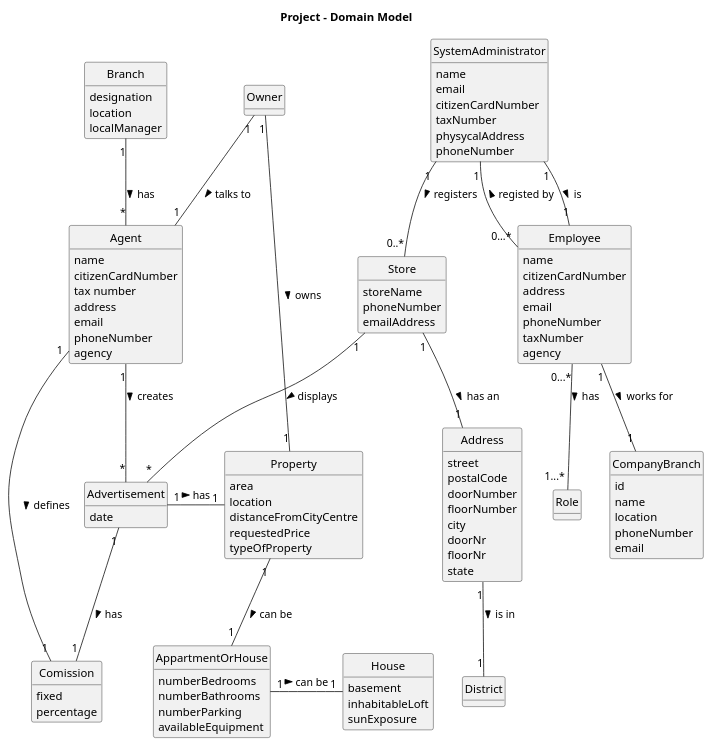
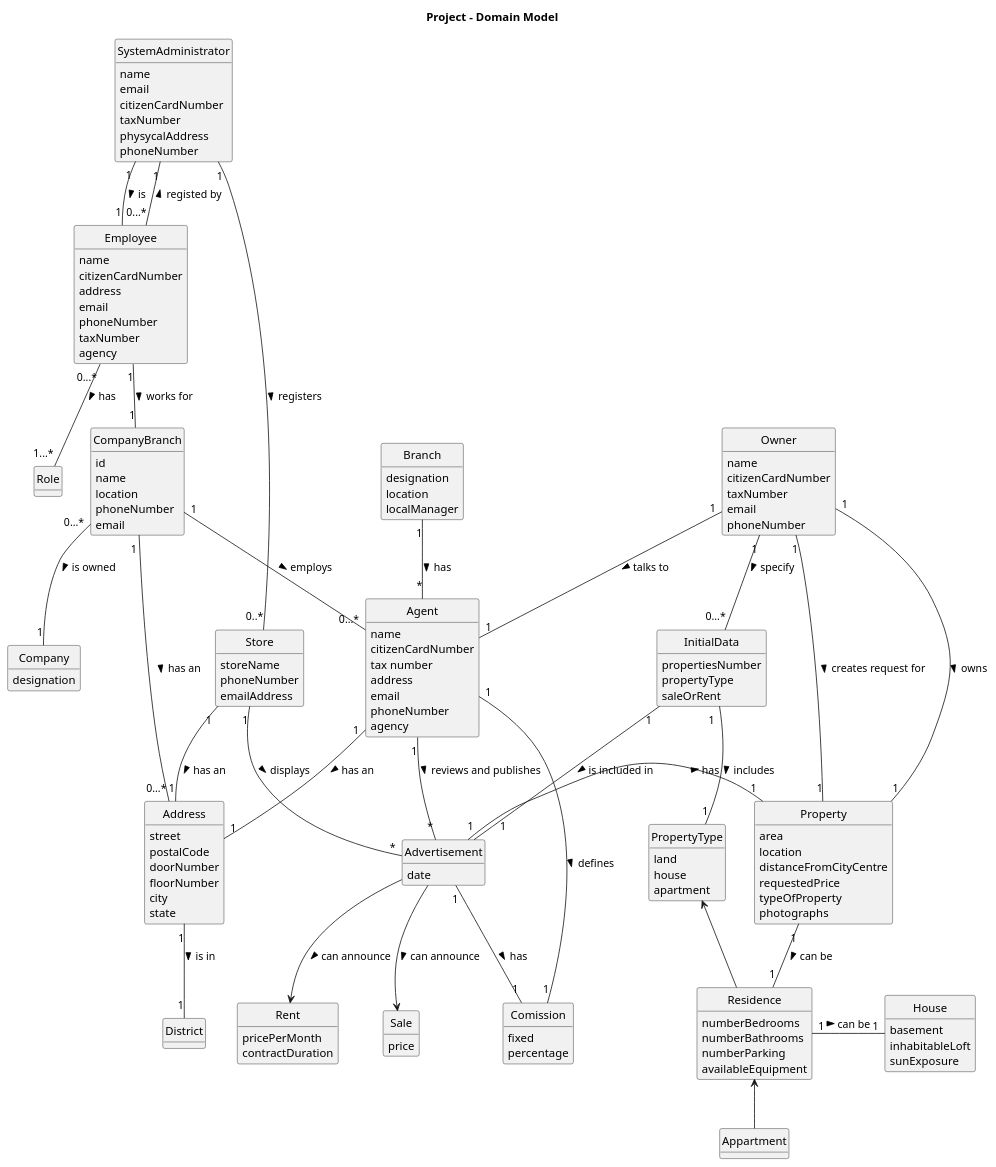
Before and after one commit to 1220812/LAPR2: the diagram in docs/sprintA/global-artifacts/02.analysis/puml/project-domain-model.puml, drawn with PlantUML. The commit also changed 3 other files, not shown here.

```diff
--- a/docs/sprintA/global-artifacts/02.analysis/puml/project-domain-model.puml
+++ b/docs/sprintA/global-artifacts/02.analysis/puml/project-domain-model.puml
@@ -1,141 +1,196 @@
 @startuml
 skinparam monochrome true
 skinparam packageStyle rectangle
 skinparam shadowing false
 
 'left to right direction
 
 skinparam classAttributeIconSize 0
 
 hide circle
 hide methods
 
 title Project - Domain Model
 
 class District {
 }
 
 
 class Branch {
     designation
     location
     localManager
 }
 
 class Agent {
     name
     citizenCardNumber
     tax number
     address
     email
     phoneNumber
     agency
 }
 
 class Property {
     area
     location
     distanceFromCityCentre
     requestedPrice
     typeOfProperty
+    photographs
 }
 
 class Advertisement {
     date
 }
 
-class AppartmentOrHouse {
+class Residence {
     numberBedrooms
     numberBathrooms
     numberParking
     availableEquipment
 }
 
 class House {
     basement
     inhabitableLoft
     sunExposure
 }
 
 class Comission {
     fixed
     percentage
 }
 
 class SystemAdministrator{
   name
   email
   citizenCardNumber
   taxNumber
   physycalAddress
   phoneNumber
 }
 
 
 class Employee {
     name
     citizenCardNumber
     address
     email
     phoneNumber
     taxNumber
     agency
 }
 
 class CompanyBranch{
 id
 name
 location
 phoneNumber
 email
 }
 
 class Role{
 }
 
 
 class Store {
     storeName
     phoneNumber
     emailAddress
 }
 
 class Address {
     street
     postalCode
     doorNumber
     floorNumber
     city
-    doorNr
-    floorNr
     state
 }
+class Owner{
+name
+citizenCardNumber
+taxNumber
+email
+phoneNumber
+}
+
+class Appartment{
+}
+
+class Company{
+designation
+}
+
+class InitialData{
+propertiesNumber
+propertyType
+saleOrRent
+}
+
+class PropertyType{
+land
+house
+apartment
+}
+
+class Rent{
+pricePerMonth
+contractDuration
+}
+
+class Sale{
+price
+}
+
+CompanyBranch "0...*" -- "1" Company : is owned >
+CompanyBranch "1    " -- "0...*" Agent : employs >
+CompanyBranch "1 " -- "0...*" Address : has an >
 
 SystemAdministrator "1" -- "0..*" Store : registers >
-Store "1" -- "1" Address : has an >
-
 SystemAdministrator "1"--"0...*" Employee: registed by <
 SystemAdministrator "1"--"1" Employee: is >
+
+Store "1" -- "1" Address : has an >
+Store "1"-- "*" Advertisement : displays >
+
 Employee "1"--"1" CompanyBranch: works for >
 Employee "0...*"--"1...*" Role: has >
 
+Agent "1" -- "1  " Address : has an >
+Agent "1" -- "*" Advertisement : reviews and publishes >
+Agent "1" - "1" Comission : defines >
+
+Owner "1" -- "0...*" InitialData : specify >
+Owner "1" -- "1" Property : creates request for >
+Owner "1" -- "1" Property : owns >
+Owner "1" -- "1" Agent: talks to >
+
+InitialData "1  " -- "1" PropertyType : includes >
+InitialData "1" -- "      1" Advertisement : is included in >
+
+PropertyType <-- Residence
+
+Residence <-- Appartment
+
+Advertisement --> Sale : can announce >
+Advertisement --> Rent : can announce >
+Advertisement "1" -- "1" Comission : has >
+Advertisement "1" - "1" Property : has >
 
 Branch "1" -- "*" Agent : has >
-Agent "1" -- "*" Advertisement : creates >
-Owner "1" -- "1" Property : owns >
-Advertisement "1" - "1" Property : has >
-Property "1" -- "1" AppartmentOrHouse : can be >
-AppartmentOrHouse "1" - "1" House : can be >
-Advertisement "1" -- "1" Comission : has >
-Agent "1" - "1" Comission : defines >
-Owner "1" -- "1" Agent: talks to >
 
-Store "1"-- "*" Advertisement : displays >
+Property "1" -- "1" Residence : can be >
+
+Residence "1" - "1" House : can be >
+
 Address "1" -- "1" District : is in >
 
 
 
 
 
 
 @enduml
```
